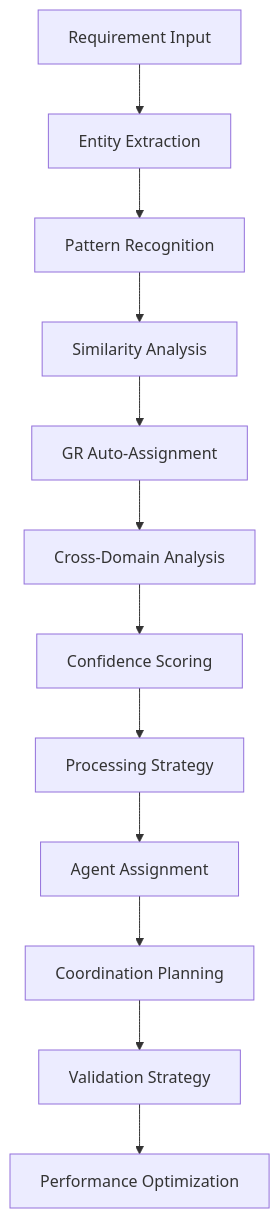
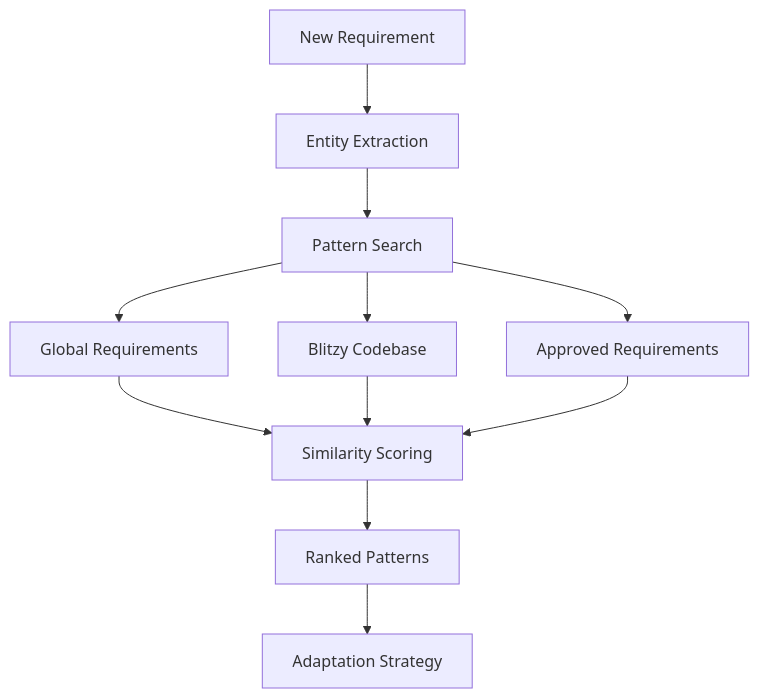
The fourth of 5 diagrams in ARCHITECTURE.md (ia-corydean/blitzy-requirements), drawn with Mermaid before and after one commit. The commit also changed other lines of this file and 96 other files, not shown here.

````diff
--- a/ARCHITECTURE.md
+++ b/ARCHITECTURE.md
@@ -1025,14 +550,13 @@
 ```mermaid
 graph TD
-    A[Requirement Input] --> B[Entity Extraction]
-    B --> C[Pattern Recognition]
-    C --> D[Similarity Analysis]
-    D --> E[GR Auto-Assignment]
-    E --> F[Cross-Domain Analysis]
-    F --> G[Confidence Scoring]
-    G --> H[Processing Strategy]
-    H --> I[Agent Assignment]
-    I --> J[Coordination Planning]
-    J --> K[Validation Strategy]
-    K --> L[Performance Optimization]
+    A[New Requirement] --> B[Entity Extraction]
+    B --> C[Pattern Search]
+    C --> D[Global Requirements]
+    C --> E[Blitzy Codebase]
+    C --> F[Approved Requirements]
+    D --> G[Similarity Scoring]
+    E --> G
+    F --> G
+    G --> H[Ranked Patterns]
+    H --> I[Adaptation Strategy]
 ```
````
